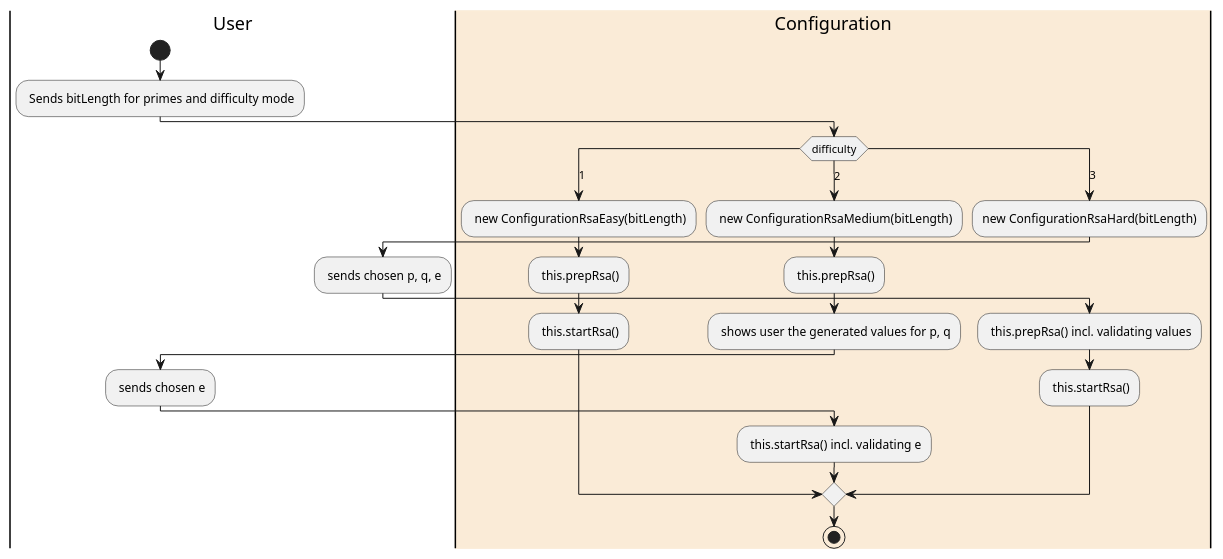
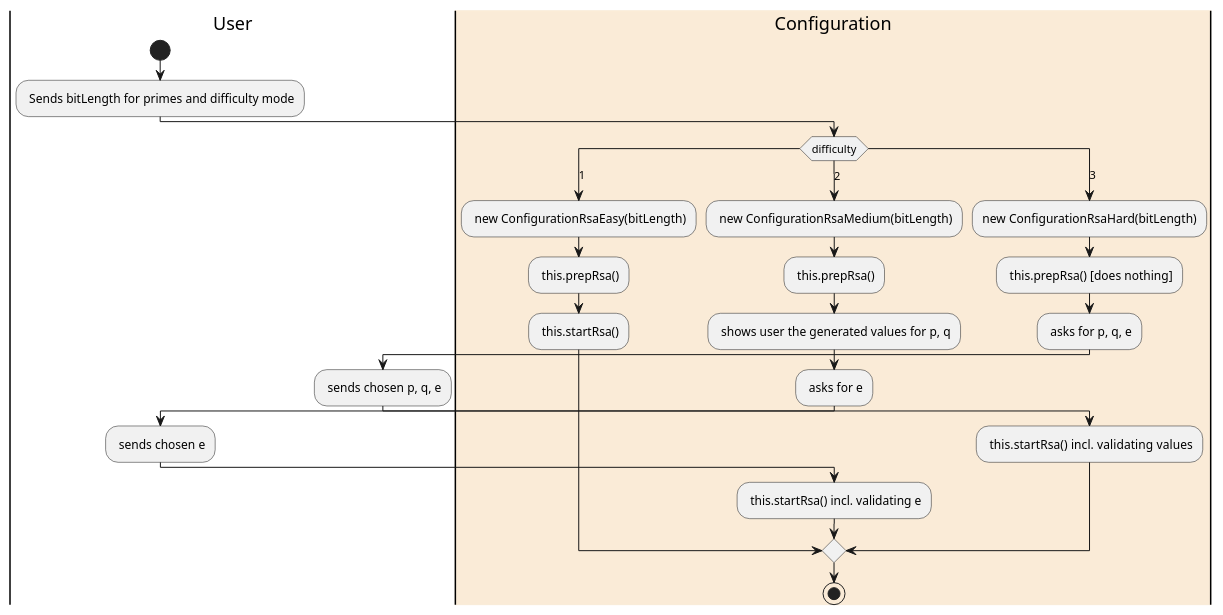
The diagram in docs/activity_diagram.puml (a-schulz/ALADIN_Cryptography), drawn with PlantUML before and after one commit. The commit also changed 1 other file, not shown here.

Commit message:
changed diagrams

```diff
--- a/docs/activity_diagram.puml
+++ b/docs/activity_diagram.puml
@@ -1,60 +1,62 @@
 @startuml
 'https://plantuml.com/activity-diagram-beta
 | User |
 start
 : Sends bitLength for primes and difficulty mode;
 |#AntiqueWhite| Configuration |
 switch(difficulty)
     case(1)
         : new ConfigurationRsaEasy(bitLength);
         : this.prepRsa();
         : this.startRsa();
     case(2)
         : new ConfigurationRsaMedium(bitLength);
         : this.prepRsa();
         : shows user the generated values for p, q;
+        : asks for e;
         | User |
         : sends chosen e;
         | Configuration |
         : this.startRsa() incl. validating e;
     case(3)
         :new ConfigurationRsaHard(bitLength);
+        : this.prepRsa() [does nothing];
+        : asks for p, q, e;
         | User |
         : sends chosen p, q, e;
         | Configuration |
-        : this.prepRsa() incl. validating values;
-        : this.startRsa();
+        : this.startRsa()  incl. validating values;
 endswitch
 stop
 ':new page;
 'if (Page.onSecurityCheck) then (true)
 '  :Page.onInit();
 '  if (isForward?) then (no)
 '    :Process controls;
 '    if (continue processing?) then (no)
 '      stop
 '    endif
 '| Configuration |
 '    if (isPost?) then (yes)
 '      :Page.onPost();
 '    else (no)
 '      :Page.onGet();
 '    endif
 '    :Page.onRender();
 '  endif
 'else (false)
 'endif
 '
 'if (do redirect?) then (yes)
 '  :redirect process;
 'else
 '  if (do forward?) then (yes)
 '    :Forward request;
 '  else (no)
 '    :Render page template;
 '  endif
 'endif
 '
 'stop
 
 @enduml
```
